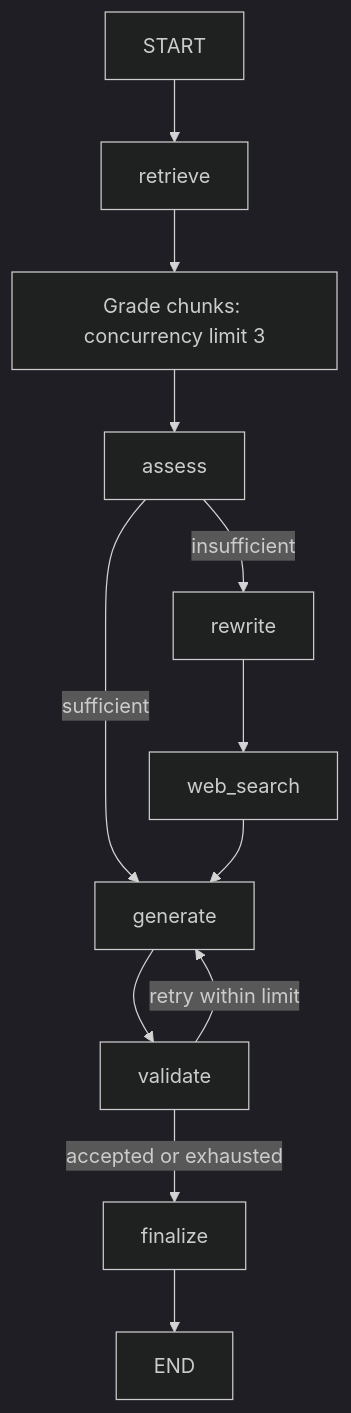
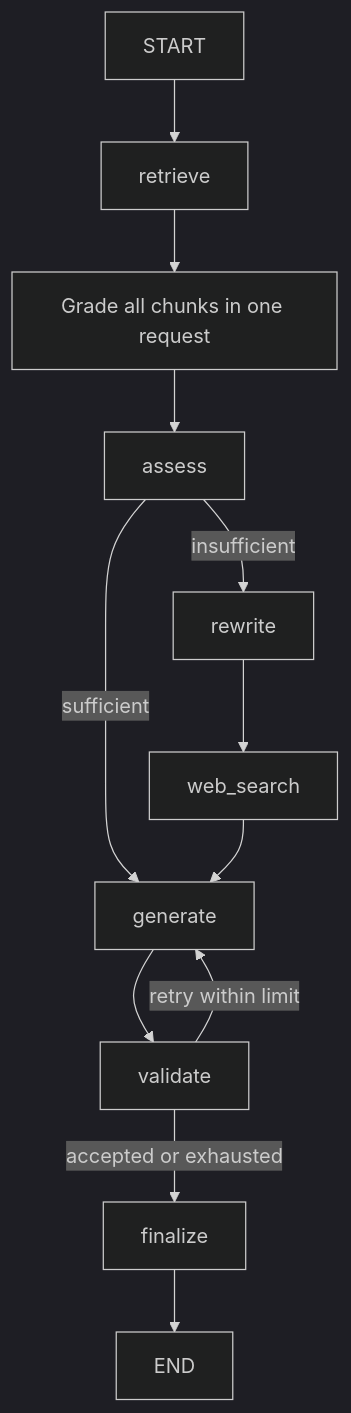
One commit to Shivasaiyadav08/Aether---Research-Agent changed the second of 2 diagrams in ARCHITECTURE.md. Above: the diagram before and after it, drawn with Mermaid (dark theme). The commit also changed other lines of this file and 10 other files, not shown here.

````diff
--- a/ARCHITECTURE.md
+++ b/ARCHITECTURE.md
@@ -24,9 +24,9 @@
 ```mermaid
 flowchart TD
-    START --> retrieve --> grade[Grade chunks: concurrency limit 3] --> assess
+    START --> retrieve --> grade[Grade all chunks in one request] --> assess
     assess -->|sufficient| generate
     assess -->|insufficient| rewrite --> web_search --> generate
     generate --> validate
     validate -->|retry within limit| generate
     validate -->|accepted or exhausted| finalize --> END
 ```
````
